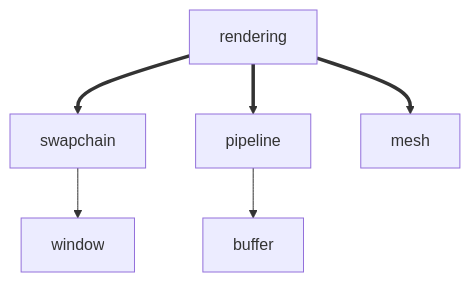
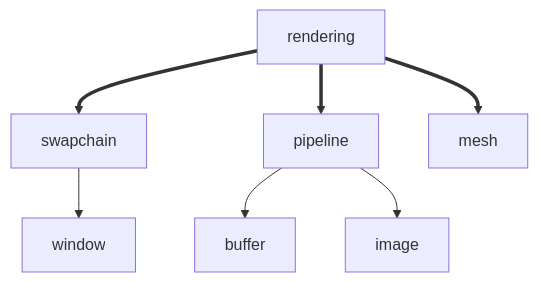
One commit to Tengu712/orge changed the diagram in docs/ARCHITECTURE.md. Above: the diagram before and after it, drawn with Mermaid. The commit also changed 18 other files, not shown here.

````diff
--- a/docs/ARCHITECTURE.md
+++ b/docs/ARCHITECTURE.md
@@ -7,8 +7,9 @@
 ```mermaid
 graph TD
     rendering ==> swapchain
     rendering ==> pipeline
     rendering ==> mesh
     swapchain --> window
     pipeline --> buffer
+    pipeline --> image
 ```
````
